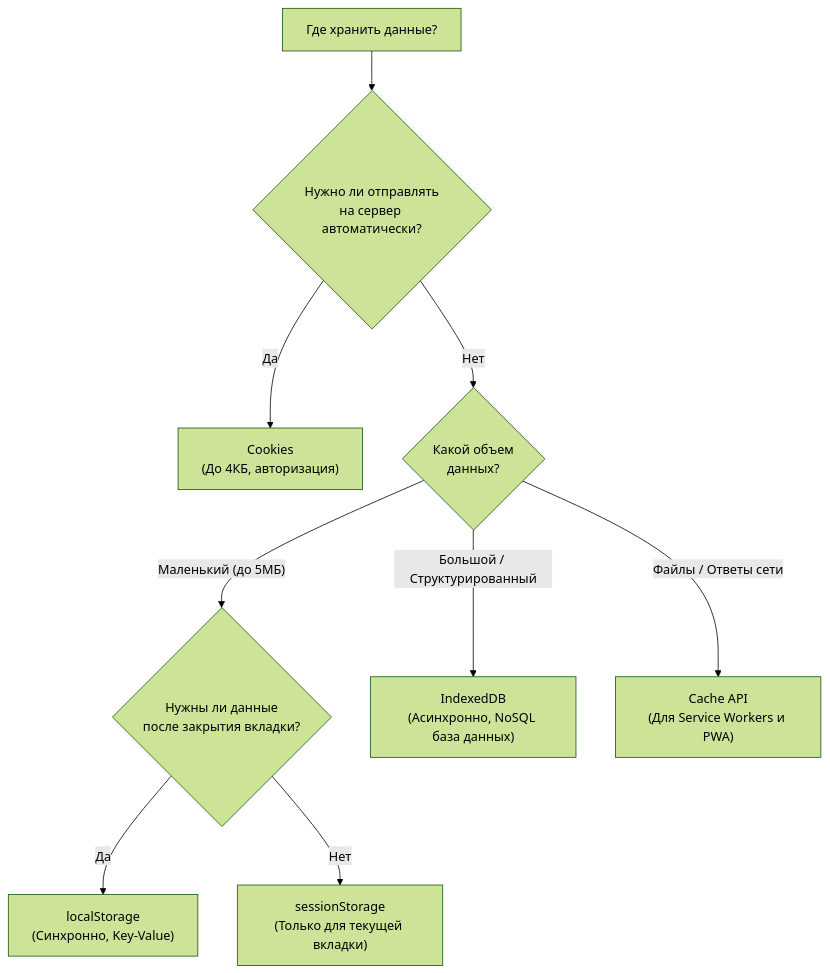
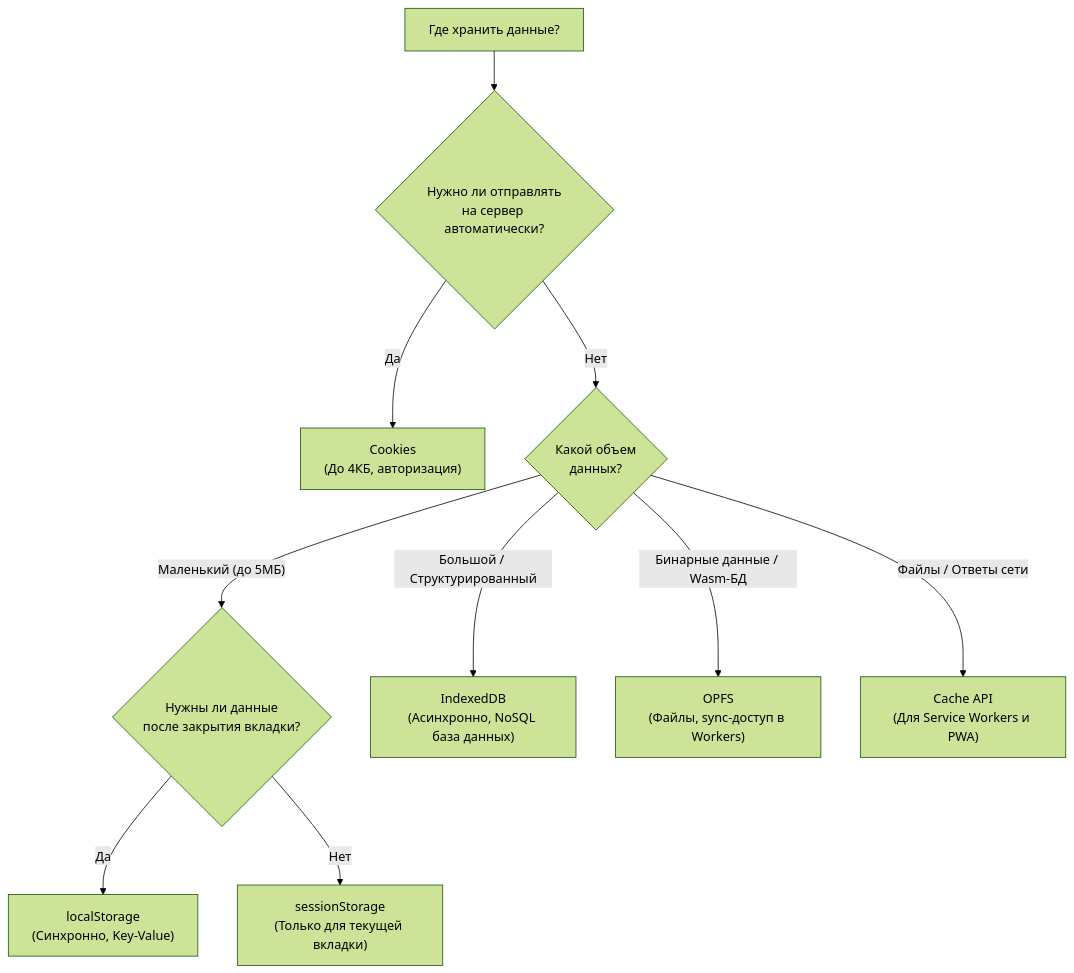
The diagram in Frontend/03 JavaScript/02 Браузерная платформа/05 Хранение и offline/Хранение данных в браузере.md (injurka/obsidian-mark), drawn with Mermaid (forest theme) before and after one commit. The commit also changed other lines of this file and 1 other file, not shown here.

Commit message:
yeap yeap

````diff
--- a/Frontend/03 JavaScript/02 Браузерная платформа/05 Хранение и offline/Хранение данных в браузере.md
+++ b/Frontend/03 JavaScript/02 Браузерная платформа/05 Хранение и offline/Хранение данных в браузере.md
@@ -18,14 +19,15 @@
 ```mermaid
 graph TD
     A["Где хранить данные?"] --> B{"Нужно ли отправлять<br/>на сервер автоматически?"}
     
     B -- Да --> C["Cookies<br/>(До 4КБ, авторизация)"]
     B -- Нет --> D{"Какой объем<br/>данных?"}
     
     D -- Маленький (до 5МБ) --> E{"Нужны ли данные<br/>после закрытия вкладки?"}
     E -- Да --> F["localStorage<br/>(Синхронно, Key-Value)"]
     E -- Нет --> G["sessionStorage<br/>(Только для текущей вкладки)"]
     
     D -- Большой / Структурированный --> H["IndexedDB<br/>(Асинхронно, NoSQL база данных)"]
+    D -- Бинарные данные / Wasm-БД --> J["OPFS<br/>(Файлы, sync-доступ в Workers)"]
     D -- Файлы / Ответы сети --> I["Cache API<br/>(Для Service Workers и PWA)"]
 ```
````
